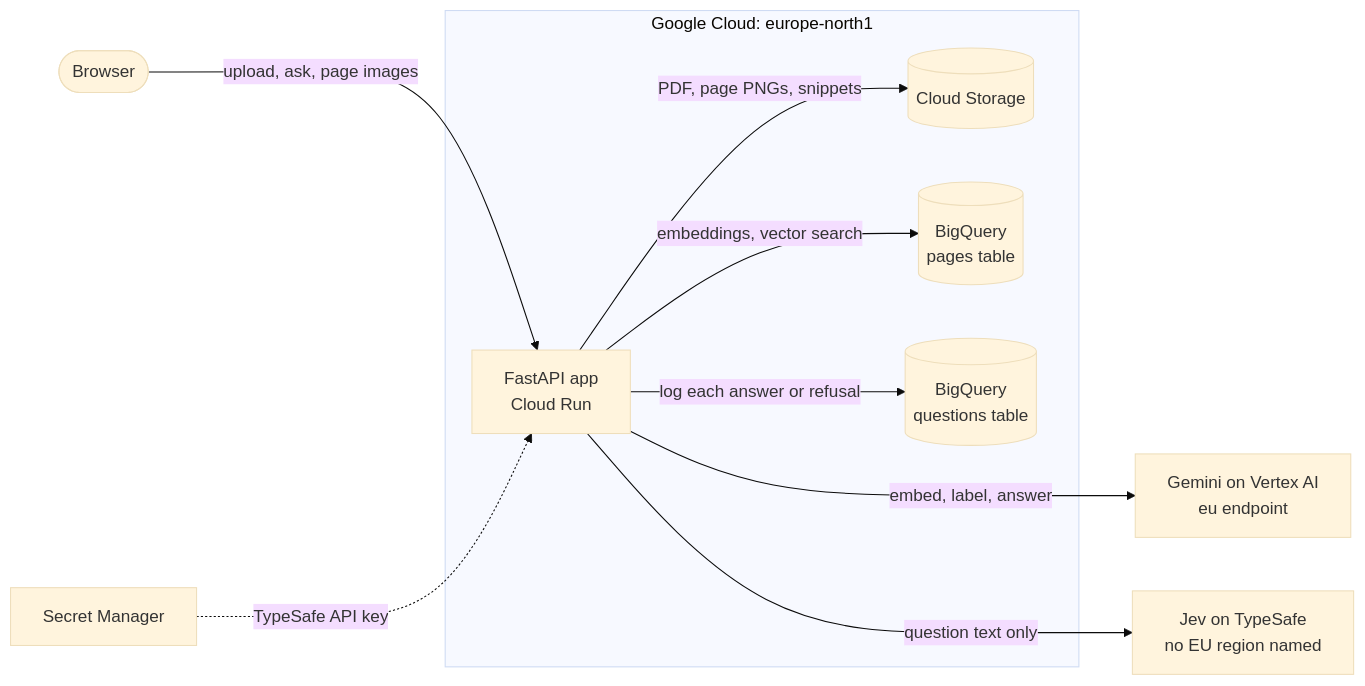
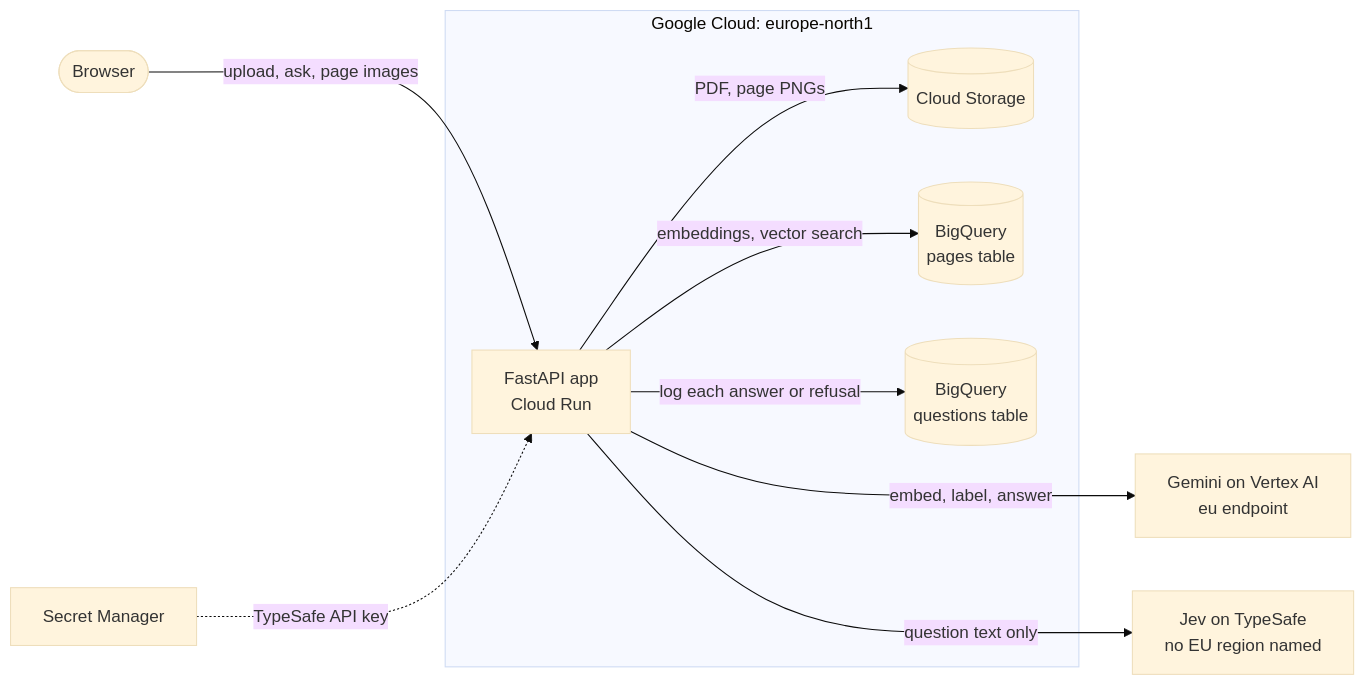
Before and after one commit to ma-esf/seetonic: the diagram in README.md, drawn with Mermaid (base theme). The commit also changed other lines of this file and 6 other files, not shown here.

````diff
--- a/README.md
+++ b/README.md
@@ -36,19 +36,19 @@
 ```mermaid
 flowchart LR
     accTitle: Seetonic components
     accDescr: The browser calls the FastAPI app on Cloud Run to upload PDFs, ask questions and load page images. The app, Cloud Storage and both BigQuery tables are in europe-north1. The app calls Gemini on Vertex AI through the eu endpoint and sends only the question text to Jev on TypeSafe, which names no EU region. Cloud Run reads the TypeSafe API key from Secret Manager.
 
     browser(["Browser"]) -->|"upload, ask, page images"| app
     subgraph region["Google Cloud: europe-north1"]
         app["FastAPI app<br/>Cloud Run"]
         gcs[("Cloud Storage")]
         pages[("BigQuery<br/>pages table")]
         questions[("BigQuery<br/>questions table")]
     end
     secret["Secret Manager"] -.->|"TypeSafe API key"| app
-    app -->|"PDF, page PNGs, snippets"| gcs
+    app -->|"PDF, page PNGs"| gcs
     app -->|"embeddings, vector search"| pages
     app -->|"log each answer or refusal"| questions
     app --->|"embed, label, answer"| gemini["Gemini on Vertex AI<br/>eu endpoint"]
     app --->|"question text only"| jev["Jev on TypeSafe<br/>no EU region named"]
 ```
````
